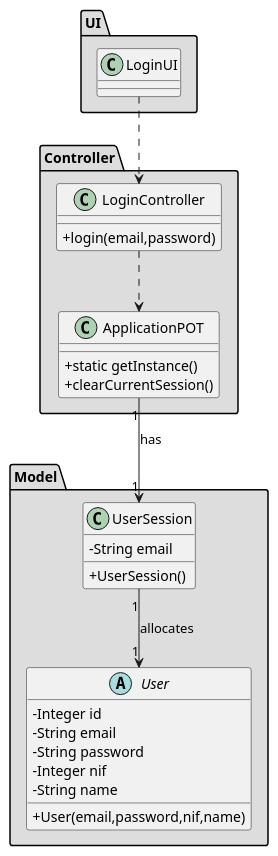
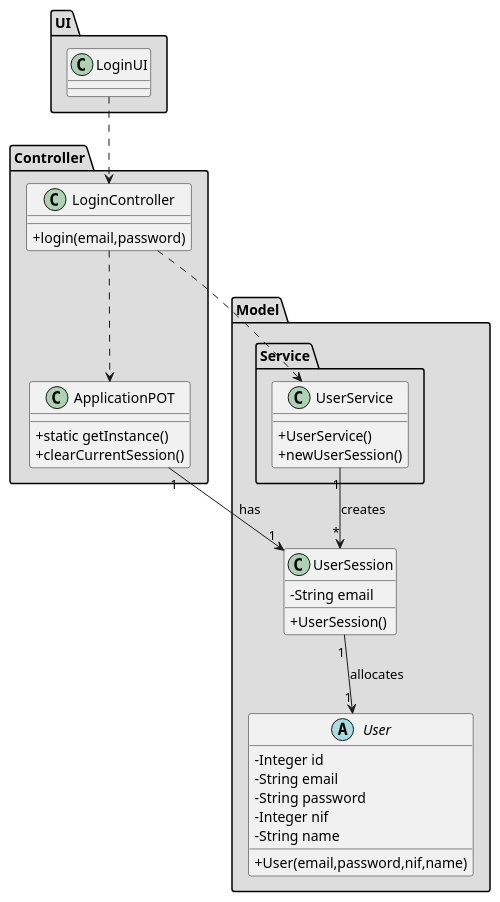
Before and after one commit to tiagoavcosta25/LAPR3: the diagram in docs/Iteration 2/User Management/Refinement/US68_Logout/US68_CD.puml, drawn with PlantUML. The commit also changed 10 other files, not shown here.

```diff
--- a/docs/Iteration 2/User Management/Refinement/US68_Logout/US68_CD.puml
+++ b/docs/Iteration 2/User Management/Refinement/US68_Logout/US68_CD.puml
@@ -1,66 +1,74 @@
 @startuml
 skinparam classAttributeIconSize 0
 
 
 package "Controller" #DDDDDD {
 class ApplicationPOT
 {
   +static getInstance()
   +clearCurrentSession()
 }
 }
 
 
 package "UI" #DDDDDD {
 class LoginUI{
 
 }
 }
 
 
 package "Controller" #DDDDDD {
 class LoginController{
 +login(email,password)
 }
 }
 
 
 package "Model" #DDDDDD {
 
 }
 
 
 
 
 package "Model" #DDDDDD {
 abstract class User{
 -Integer id
 -String email
 -String password
 -Integer nif
 -String name
 +User(email,password,nif,name)
 }
 
+package "Service" {
+
+class UserService{
++UserService()
++newUserSession()
+}
+
+}
+
 class UserSession{
 -String email
 +UserSession()
 }
-
-
-
-
 
 }
 
 
 
 
 
+
 LoginUI ..> LoginController
 LoginController ..> ApplicationPOT
+LoginController ..> UserService
+UserService "1" --> "*" UserSession : creates
 ApplicationPOT "1" --> "1" UserSession : has
 UserSession "1" --> "1" User : allocates
 
 
 @enduml
```
